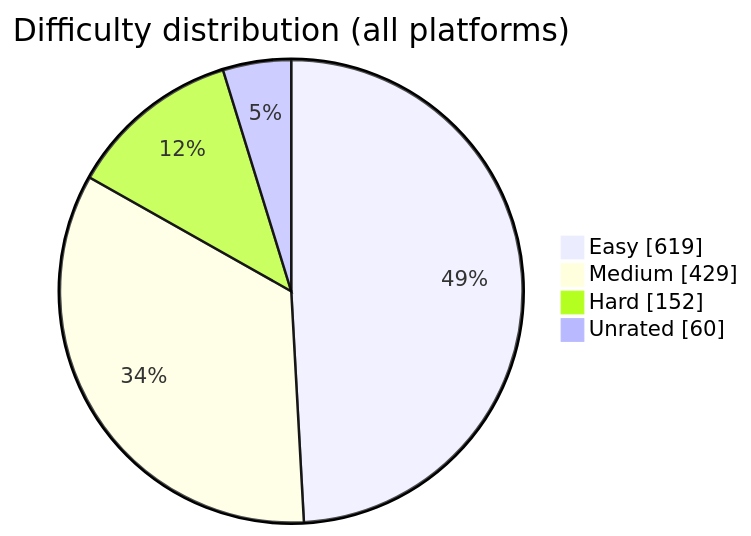
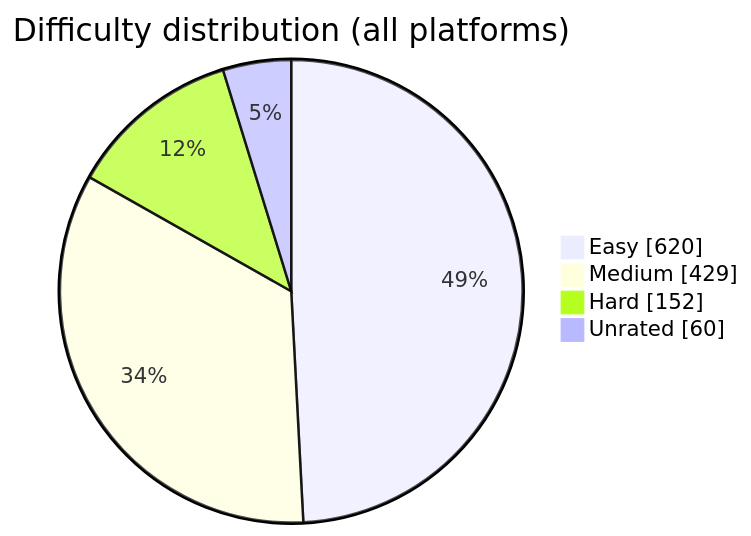
The diagram in README.md (BuildbyArindam/Daily-Coding-Log), drawn with Mermaid before and after one commit. The commit also changed other lines of this file, not shown here.

````diff
--- a/README.md
+++ b/README.md
@@ -93,7 +93,7 @@
 ```mermaid
 pie showData title Difficulty distribution (all platforms)
-    "Easy" : 619
+    "Easy" : 620
     "Medium" : 429
     "Hard" : 152
     "Unrated" : 60
 ```
````
